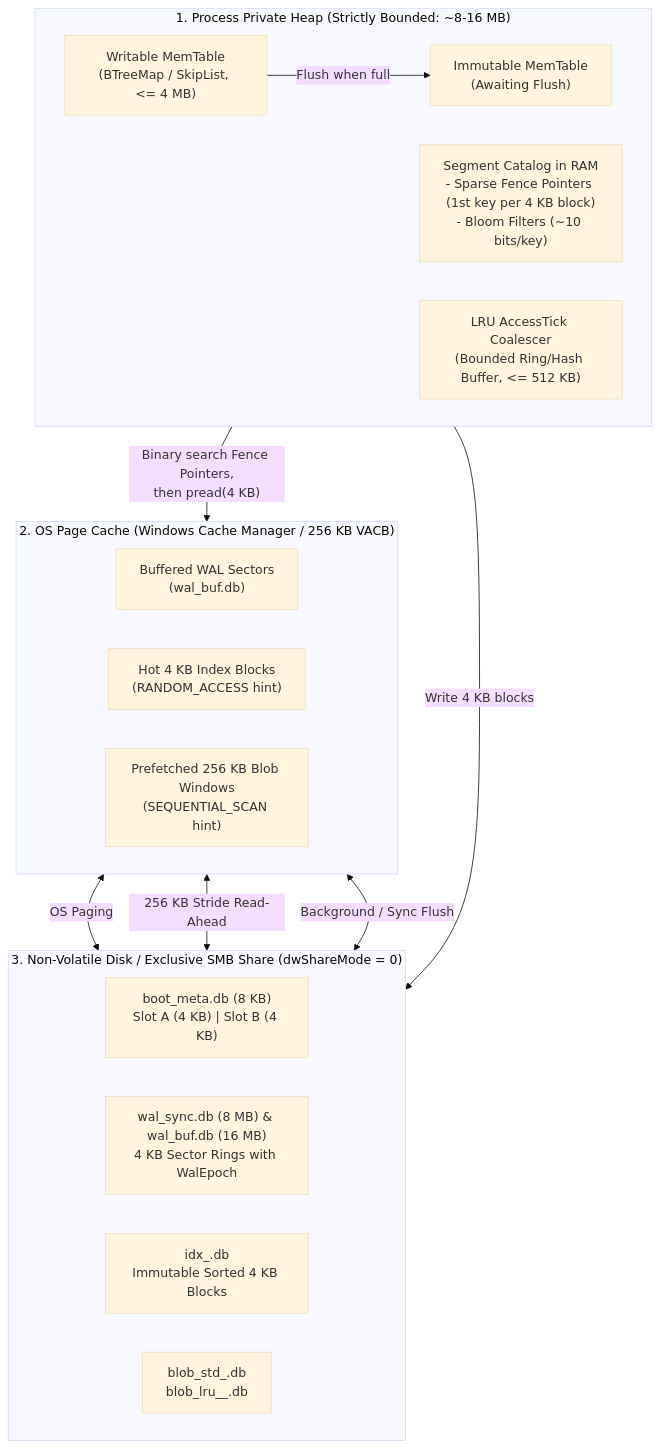
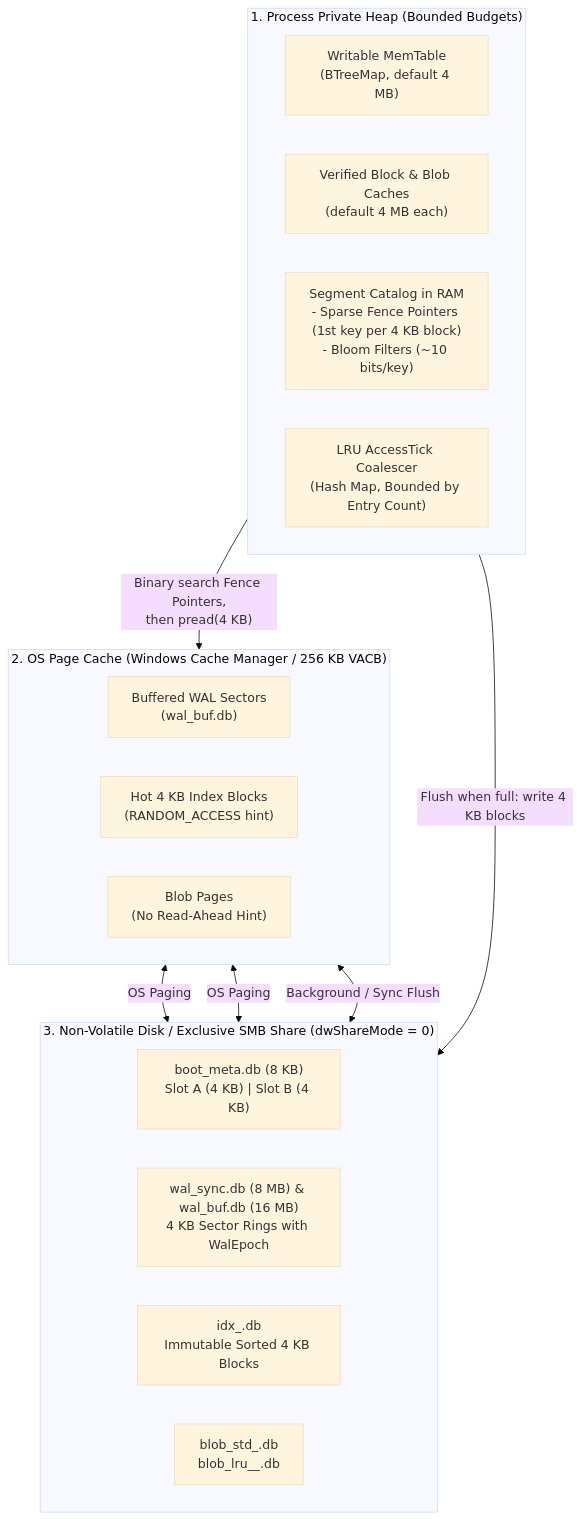
One commit to toyoshim-i/aydb changed the second of 5 diagrams in docs/phase1/00_OVERVIEW.md. Above: the diagram before and after it, drawn with Mermaid (base theme). The commit also changed other lines of this file and 10 other files, not shown here.

````diff
--- a/docs/phase1/00_OVERVIEW.md
+++ b/docs/phase1/00_OVERVIEW.md
@@ -66,32 +66,31 @@
 ```mermaid
 flowchart TB
-    subgraph Heap["1. Process Private Heap (Strictly Bounded: ~8-16 MB)"]
+    subgraph Heap["1. Process Private Heap (Bounded Budgets)"]
         direction LR
-        ActiveMT["Writable MemTable<br/>(BTreeMap / SkipList, <= 4 MB)"]
-        ImmMT["Immutable MemTable<br/>(Awaiting Flush)"]
+        ActiveMT["Writable MemTable<br/>(BTreeMap, default 4 MB)"]
+        VCache["Verified Block & Blob Caches<br/>(default 4 MB each)"]
         SparseIdx["Segment Catalog in RAM<br/>- Sparse Fence Pointers (1st key per 4 KB block)<br/>- Bloom Filters (~10 bits/key)"]
-        LruBuf["LRU AccessTick Coalescer<br/>(Bounded Ring/Hash Buffer, <= 512 KB)"]
+        LruBuf["LRU AccessTick Coalescer<br/>(Hash Map, Bounded by Entry Count)"]
     end
 
     subgraph OSCache["2. OS Page Cache (Windows Cache Manager / 256 KB VACB)"]
         direction LR
         WalCache["Buffered WAL Sectors<br/>(wal_buf.db)"]
         IdxCache["Hot 4 KB Index Blocks<br/>(RANDOM_ACCESS hint)"]
-        BlobCache["Prefetched 256 KB Blob Windows<br/>(SEQUENTIAL_SCAN hint)"]
+        BlobCache["Blob Pages<br/>(No Read-Ahead Hint)"]
     end
 
     subgraph Disk["3. Non-Volatile Disk / Exclusive SMB Share (dwShareMode = 0)"]
         direction LR
         BootMeta["boot_meta.db (8 KB)<br/>Slot A (4 KB) | Slot B (4 KB)"]
         WalFile["wal_sync.db (8 MB) & wal_buf.db (16 MB)<br/>4 KB Sector Rings with WalEpoch"]
         IdxFiles["idx_<SeqID>.db<br/>Immutable Sorted 4 KB Blocks"]
         BlobFiles["blob_std_<SeqID>.db<br/>blob_lru_<TblID>_<SeqID>.db"]
     end
 
-    ActiveMT -->|"Flush when full"| ImmMT
-    ImmMT -->|"Write 4 KB blocks"| IdxFiles
+    ActiveMT -->|"Flush when full: write 4 KB blocks"| IdxFiles
     SparseIdx -->|"Binary search Fence Pointers,<br/>then pread(4 KB)"| IdxCache
     IdxCache <-->|"OS Paging"| IdxFiles
-    BlobCache <-->|"256 KB Stride Read-Ahead"| BlobFiles
+    BlobCache <-->|"OS Paging"| BlobFiles
     WalCache <-->|"Background / Sync Flush"| WalFile
 ```
````
